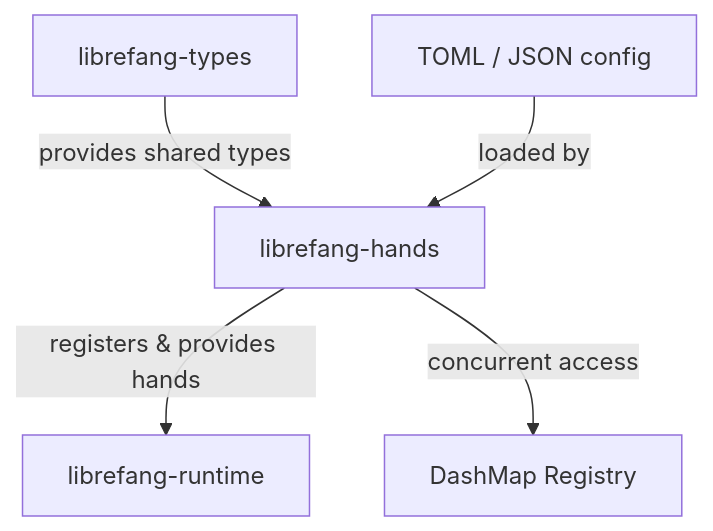
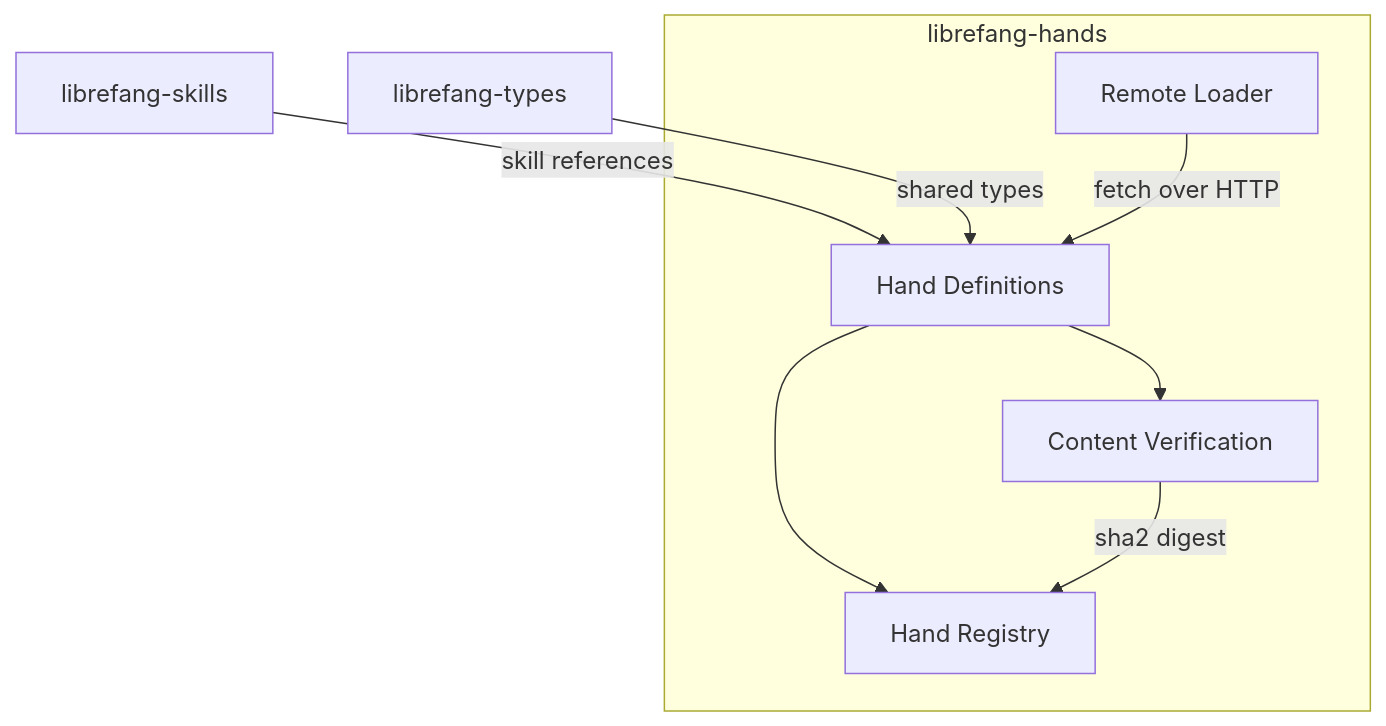
The diagram in other-librefang-hands.md (leszek3737/librefang-WIki), drawn with Mermaid before and after one commit. The commit also changed other lines of this file and 122 other files, not shown here.

````diff
--- a/other-librefang-hands.md
+++ b/other-librefang-hands.md
@@ -15,7 +13,16 @@
 ```mermaid
 graph TD
-    A[librefang-types] -->|provides shared types| B[librefang-hands]
-    B -->|registers & provides hands| C[librefang-runtime]
-    D[TOML / JSON config] -->|loaded by| B
-    B -->|concurrent access| E[DashMap Registry]
+    subgraph "librefang-hands"
+        HD[Hand Definitions]
+        HR[Hand Registry]
+        RL[Remote Loader]
+        V[Content Verification]
+    end
+
+    SK[librefang-skills] -->|skill references| HD
+    TY[librefang-types] -->|shared types| HD
+    HD --> HR
+    HD --> V
+    RL -->|fetch over HTTP| HD
+    V -->|sha2 digest| HR
 ```
````
